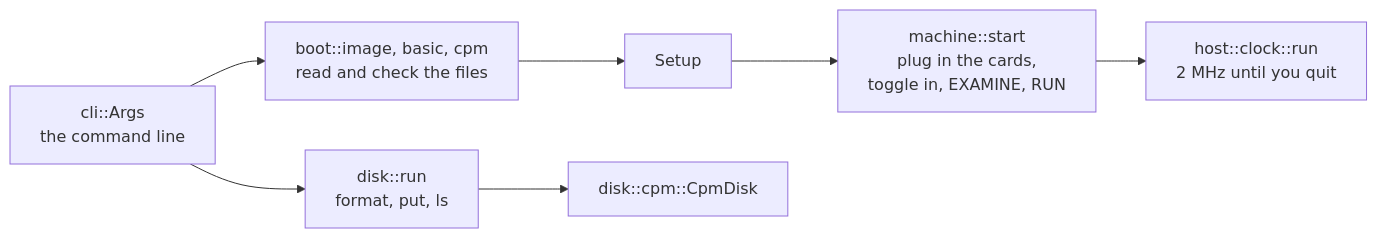
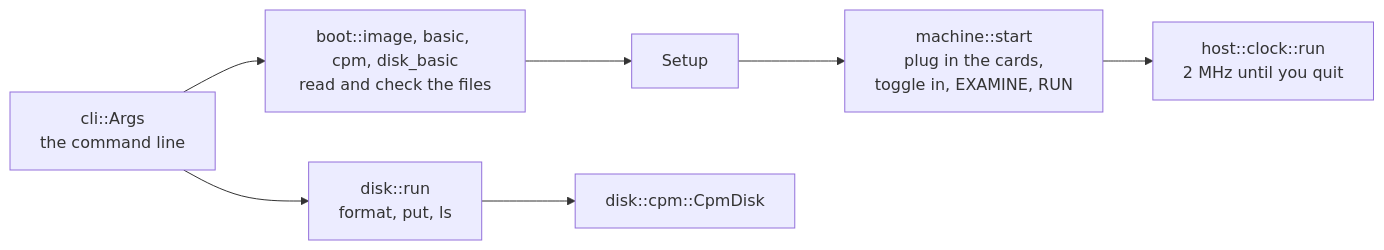
One commit to nazarslota/i8080 changed the second of 3 diagrams in docs/architecture.md. Above: the diagram before and after it, drawn with Mermaid. The commit also changed other lines of this file and 15 other files, not shown here.

Commit message:
Add Disk BASIC boot command and expand CLI examples

````diff
--- a/docs/architecture.md
+++ b/docs/architecture.md
@@ -115,9 +115,9 @@
 ```mermaid
 flowchart LR
-    args["cli::Args<br/>the command line"] --> setup["boot::image, basic, cpm<br/>read and check the files"]
+    args["cli::Args<br/>the command line"] --> setup["boot::image, basic, cpm, disk_basic<br/>read and check the files"]
     setup --> s["Setup"]
     s --> start["machine::start<br/>plug in the cards,<br/>toggle in, EXAMINE, RUN"]
     start --> clock["host::clock::run<br/>2 MHz until you quit"]
     args --> disk["disk::run<br/>format, put, ls"]
     disk --> cpm["disk::cpm::CpmDisk"]
 ```
````
